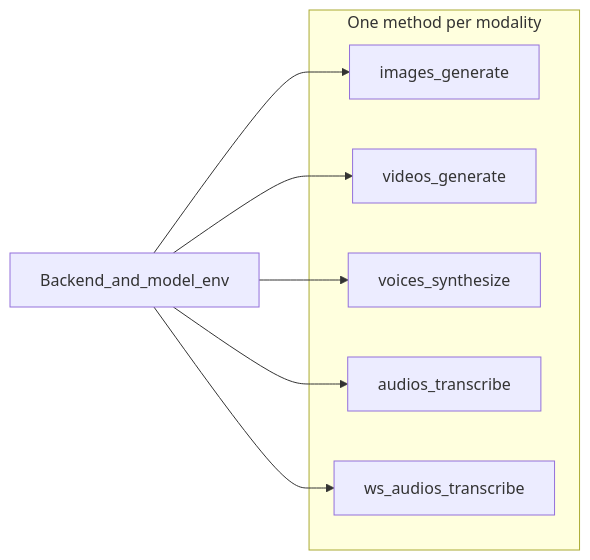
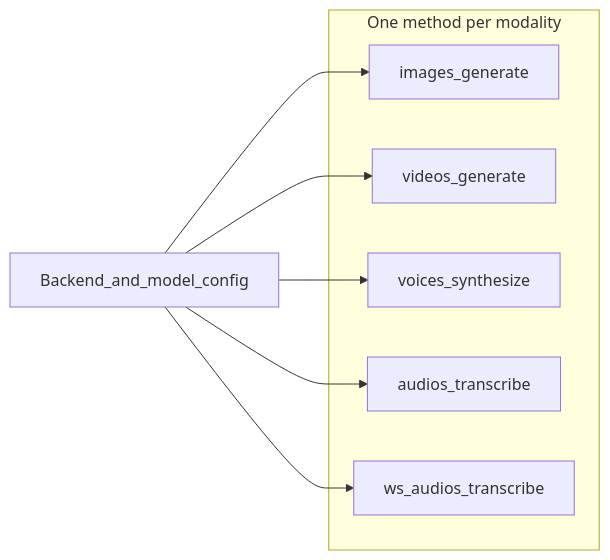
Before and after one commit to felixzhu97/explore-ml: diagram 21 of 23 in docs/Guideline.md, drawn with Mermaid. The commit also changed other lines of this file and 22 other files, not shown here.

````diff
--- a/docs/Guideline.md
+++ b/docs/Guideline.md
@@ -489,16 +490,16 @@
 ```mermaid
 flowchart LR
   subgraph routes [One method per modality]
     Img[images_generate]
     Vid[videos_generate]
     Tts[voices_synthesize]
     Asr[audios_transcribe]
     AsrWs[ws_audios_transcribe]
   end
-  Config[Backend_and_model_env]
+  Config[Backend_and_model_config]
   Config --> Img
   Config --> Vid
   Config --> Tts
   Config --> Asr
   Config --> AsrWs
 ```
````
